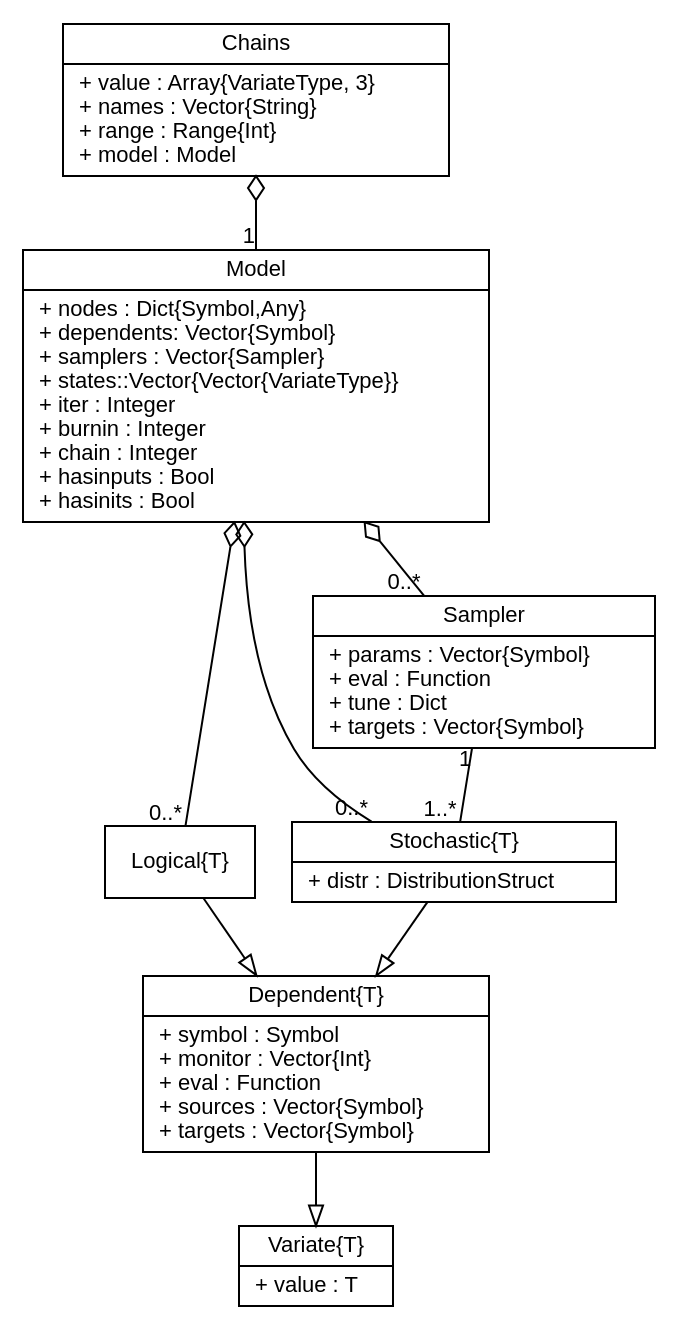
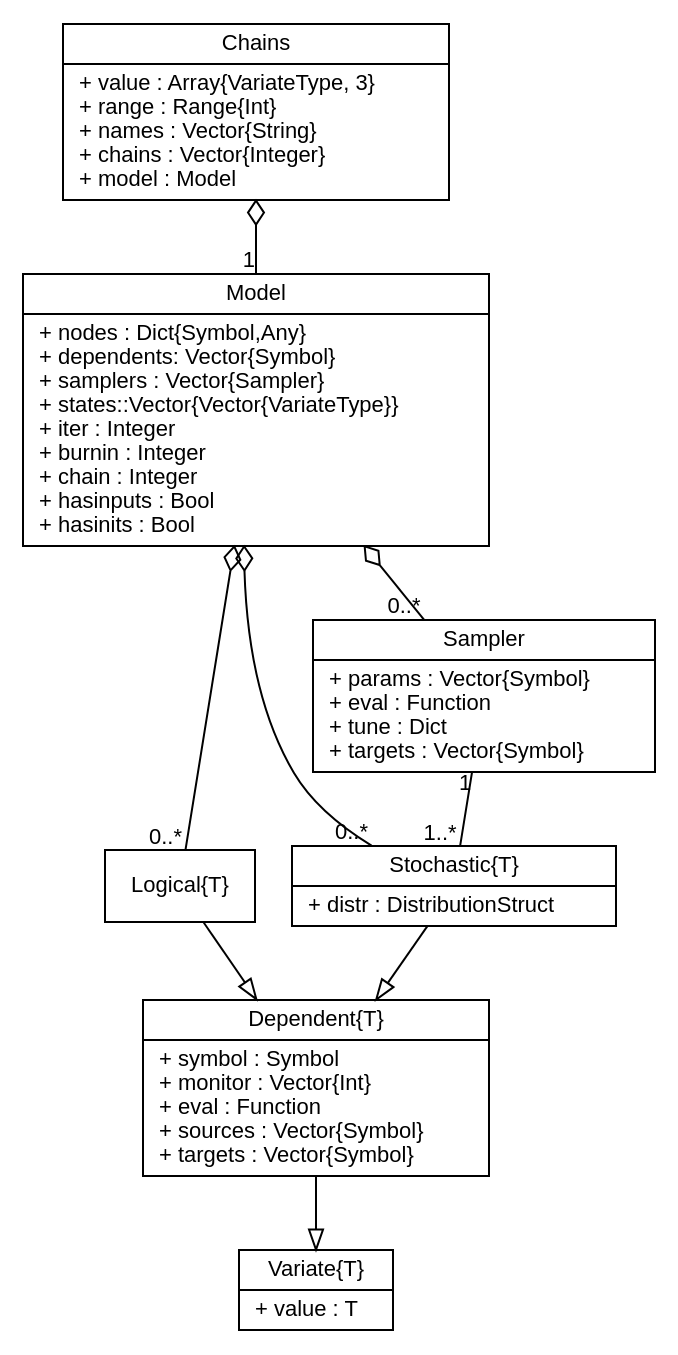
One commit to brian-j-smith/Mamba.jl changed the diagram in doc/images/mcmcUML.dot. Above: the diagram before and after it, drawn with Graphviz. The commit also changed 5 other files, not shown here.

Commit message:
Add chains field to Chains type.

```diff
--- a/doc/images/mcmcUML.dot
+++ b/doc/images/mcmcUML.dot
@@ -1,34 +1,34 @@
 graph MCMC {
 	fontname = "Helvetica"
 	fontsize = 11
 	overlap = scalexy
 	sep = "+0,26"
 
 	node [fontname = "Helvetica", fontsize = 11, shape = record]
 
 	edge [fontname = "Helvetica", fontsize = 11, dir = both, arrowtail = none, arrowhead = none]
 
 	Variate [label = "{Variate\{T\}|+ value : T\l}"]
 
 	Dependent [label = "{Dependent\{T\}|+ symbol : Symbol\l+ monitor : Vector\{Int\}\l+ eval : Function\l+ sources : Vector\{Symbol\}\l+ targets : Vector\{Symbol\}\l}"]
 	
 	Logical [label = "{Logical\{T\}}"]
 	
 	Stochastic [label = "{Stochastic\{T\}|+ distr : DistributionStruct\l}"]
 
 	Sampler [label = "{Sampler|+ params : Vector\{Symbol\}\l+ eval : Function\l+ tune : Dict\l+ targets : Vector\{Symbol\}\l}"]
 	
 	Model [label = "{Model|+ nodes : Dict\{Symbol,Any\}\l+ dependents: Vector\{Symbol\}\l+ samplers : Vector\{Sampler\}\l+ states::Vector\{Vector\{VariateType\}\}\l+ iter : Integer\l+ burnin : Integer\l+ chain : Integer\l+ hasinputs : Bool\l+ hasinits : Bool\l}"]
 	
-	Chains [label = "{Chains|+ value : Array\{VariateType, 3\}\l+ names : Vector\{String\}\l+ range : Range\{Int\}\l+ model : Model\l}"]
+	Chains [label = "{Chains|+ value : Array\{VariateType, 3\}\l+ range : Range\{Int\}\l+ names : Vector\{String\}\l+ chains : Vector\{Integer\}\l+ model : Model\l}"]
 
 	Dependent -- Variate[len = 0.9, arrowhead = empty]
 	Logical -- Dependent[arrowhead = empty]
 	Stochastic -- Dependent[arrowhead = empty]
 	Sampler -- Stochastic[len = 1.2, taillabel = "1", headlabel = "1..*"]
 	Model -- Sampler[arrowtail = odiamond, headlabel = "0..*"]
 	Model -- Logical[arrowtail = odiamond, headlabel = "0..*"]
 	Model -- Stochastic[arrowtail = odiamond, headlabel = "0..*"]
 	Chains -- Model[len = 1.2, arrowtail = odiamond, headlabel = "1"]
 
 }
```
